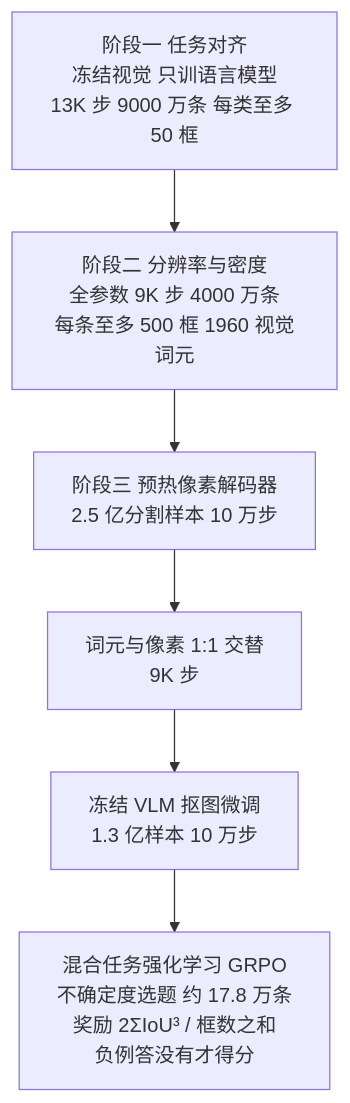
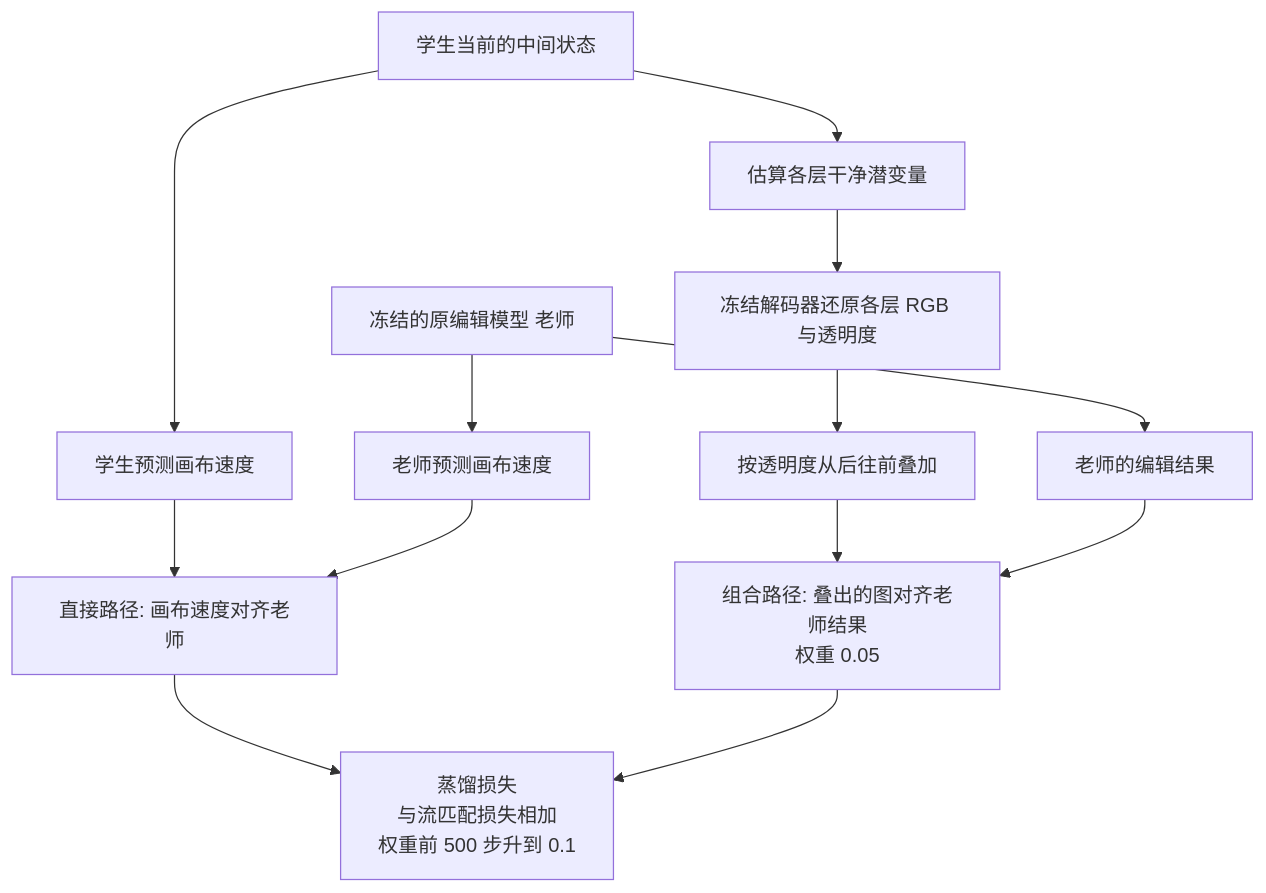
The third of 3 diagrams in docs/index.md (yingwang/paper-reads), drawn with Mermaid before and after one commit. The commit also changed other lines of this file and 2 other files, not shown here.

````diff
--- a/docs/index.md
+++ b/docs/index.md
@@ -166,8 +125,15 @@
 ```mermaid
 flowchart TD
-    S1[阶段一 任务对齐<br/>冻结视觉 只训语言模型<br/>13K 步 9000 万条 每类至多 50 框] --> S2[阶段二 分辨率与密度<br/>全参数 9K 步 4000 万条<br/>每条至多 500 框 1960 视觉词元]
-    S2 --> S3a[阶段三 预热像素解码器<br/>2.5 亿分割样本 10 万步]
-    S3a --> S3b[词元与像素 1:1 交替<br/>9K 步]
-    S3b --> S3c[冻结 VLM 抠图微调<br/>1.3 亿样本 10 万步]
-    S3c --> RL[混合任务强化学习 GRPO<br/>不确定度选题 约 17.8 万条<br/>奖励 2ΣIoU³ / 框数之和<br/>负例答没有才得分]
+    N[学生当前的中间状态] --> V1[学生预测画布速度]
+    N --> Z[估算各层干净潜变量]
+    T[冻结的原编辑模型 老师] --> VT[老师预测画布速度]
+    T --> IT[老师的编辑结果]
+    V1 --> L1[直接路径: 画布速度对齐老师]
+    VT --> L1
+    Z --> DEC[冻结解码器还原各层 RGB 与透明度]
+    DEC --> COMP[按透明度从后往前叠加]
+    COMP --> L2[组合路径: 叠出的图对齐老师结果<br/>权重 0.05]
+    IT --> L2
+    L1 --> LOSS[蒸馏损失<br/>与流匹配损失相加<br/>权重前 500 步升到 0.1]
+    L2 --> LOSS
 ```
````
